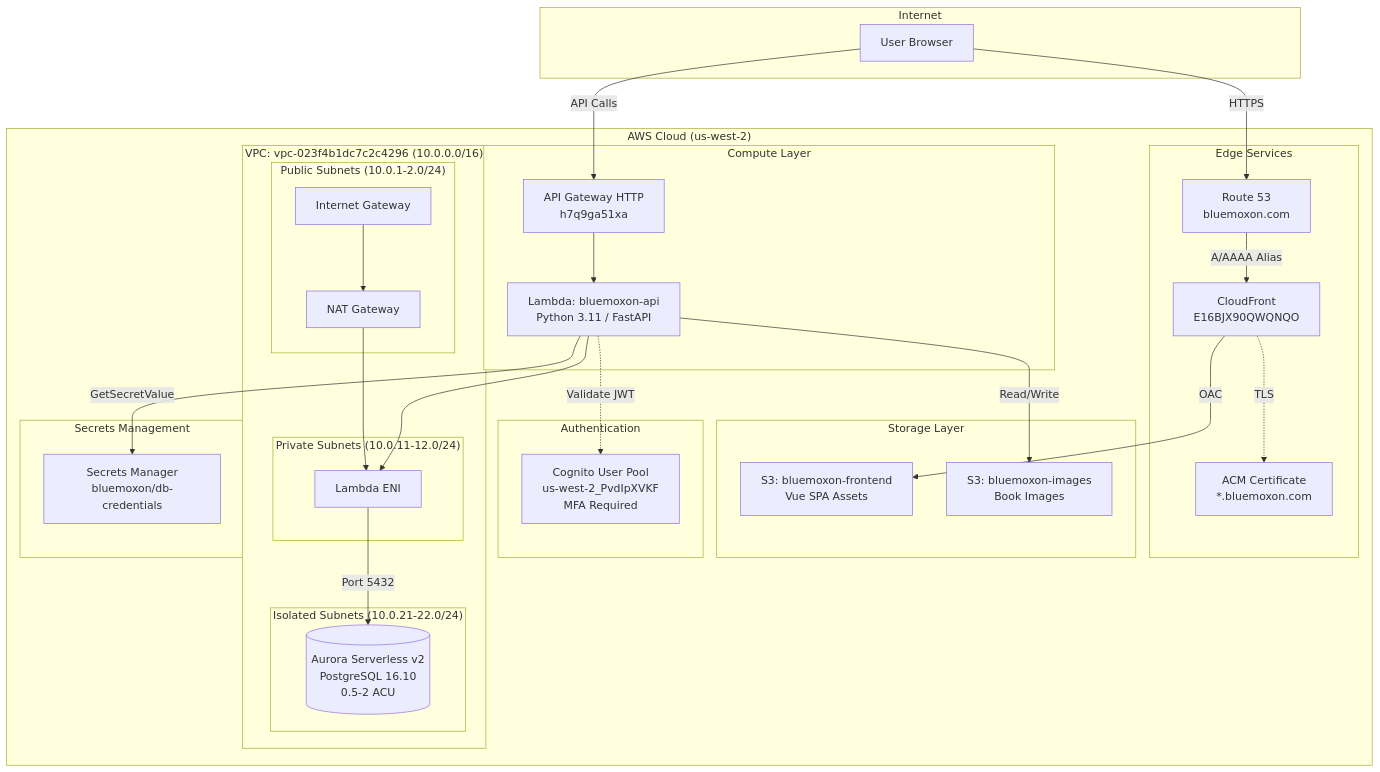
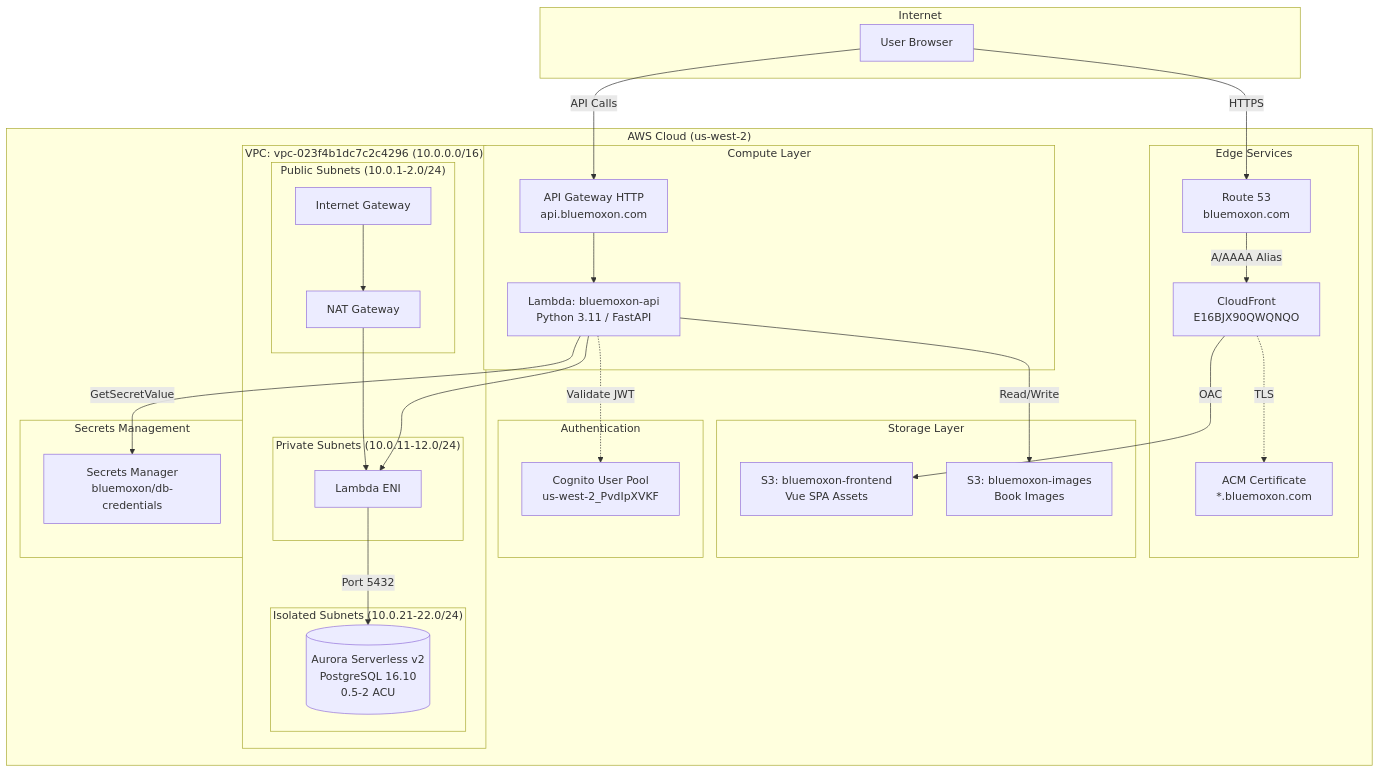
The first of 3 diagrams in docs/INFRASTRUCTURE.md (markthebest12/bluemoxon), drawn with Mermaid before and after one commit. The commit also changed other lines of this file and 5 other files, not shown here.

First line of the commit message:
Add api.bluemoxon.com custom domain and production deployment

````diff
--- a/docs/INFRASTRUCTURE.md
+++ b/docs/INFRASTRUCTURE.md
@@ -13,63 +13,63 @@
 ```mermaid
 graph TB
     subgraph Internet
         User[User Browser]
     end
 
     subgraph AWS["AWS Cloud (us-west-2)"]
         subgraph Edge["Edge Services"]
             R53[Route 53<br/>bluemoxon.com]
             CF[CloudFront<br/>E16BJX90QWQNQO]
             ACM[ACM Certificate<br/>*.bluemoxon.com]
         end
 
         subgraph Storage["Storage Layer"]
             S3F[S3: bluemoxon-frontend<br/>Vue SPA Assets]
             S3I[S3: bluemoxon-images<br/>Book Images]
         end
 
         subgraph Auth["Authentication"]
-            COG[Cognito User Pool<br/>us-west-2_PvdIpXVKF<br/>MFA Required]
+            COG[Cognito User Pool<br/>us-west-2_PvdIpXVKF]
         end
 
         subgraph Compute["Compute Layer"]
-            APIGW[API Gateway HTTP<br/>h7q9ga51xa]
+            APIGW[API Gateway HTTP<br/>api.bluemoxon.com]
             Lambda[Lambda: bluemoxon-api<br/>Python 3.11 / FastAPI]
         end
 
         subgraph VPC["VPC: vpc-023f4b1dc7c2c4296 (10.0.0.0/16)"]
             subgraph Public["Public Subnets (10.0.1-2.0/24)"]
                 IGW[Internet Gateway]
                 NAT[NAT Gateway]
             end
 
             subgraph Private["Private Subnets (10.0.11-12.0/24)"]
                 LambdaENI[Lambda ENI]
             end
 
             subgraph Isolated["Isolated Subnets (10.0.21-22.0/24)"]
                 Aurora[(Aurora Serverless v2<br/>PostgreSQL 16.10<br/>0.5-2 ACU)]
             end
         end
 
         subgraph Secrets["Secrets Management"]
             SM[Secrets Manager<br/>bluemoxon/db-credentials]
         end
     end
 
     User -->|HTTPS| R53
     R53 -->|A/AAAA Alias| CF
     CF -->|OAC| S3F
     CF -.->|TLS| ACM
 
     User -->|API Calls| APIGW
     APIGW --> Lambda
     Lambda --> LambdaENI
     LambdaENI -->|Port 5432| Aurora
     Lambda -->|GetSecretValue| SM
     Lambda -->|Read/Write| S3I
     Lambda -.->|Validate JWT| COG
 
     IGW --> NAT
     NAT --> LambdaENI
 ```
````
